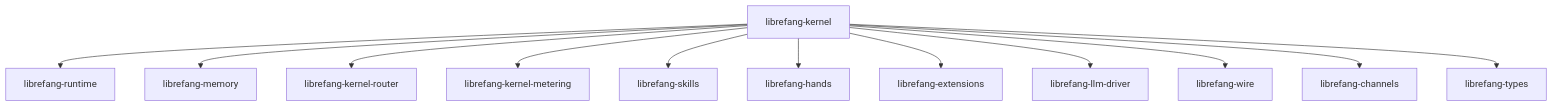
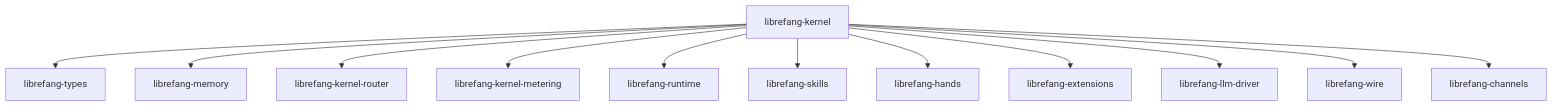
One commit to leszek3737/librefang-WIki changed the first of 2 diagrams in other-librefang-kernel.md. Above: the diagram before and after it, drawn with Mermaid. The commit also changed other lines of this file and 98 other files, not shown here.

````diff
--- a/other-librefang-kernel.md
+++ b/other-librefang-kernel.md
@@ -25,14 +11,14 @@
 ```mermaid
 graph TD
-    K[librefang-kernel] --> RT[librefang-runtime]
-    K --> MEM[librefang-memory]
-    K --> RTR[librefang-kernel-router]
-    K --> MET[librefang-kernel-metering]
-    K --> SK[librefang-skills]
+    K[librefang-kernel] --> T[librefang-types]
+    K --> M[librefang-memory]
+    K --> KR[librefang-kernel-router]
+    K --> KM[librefang-kernel-metering]
+    K --> R[librefang-runtime]
+    K --> S[librefang-skills]
     K --> H[librefang-hands]
-    K --> EXT[librefang-extensions]
+    K --> E[librefang-extensions]
     K --> LLM[librefang-llm-driver]
     K --> W[librefang-wire]
-    K --> CH[librefang-channels]
-    K --> T[librefang-types]
+    K --> C[librefang-channels]
 ```
````
